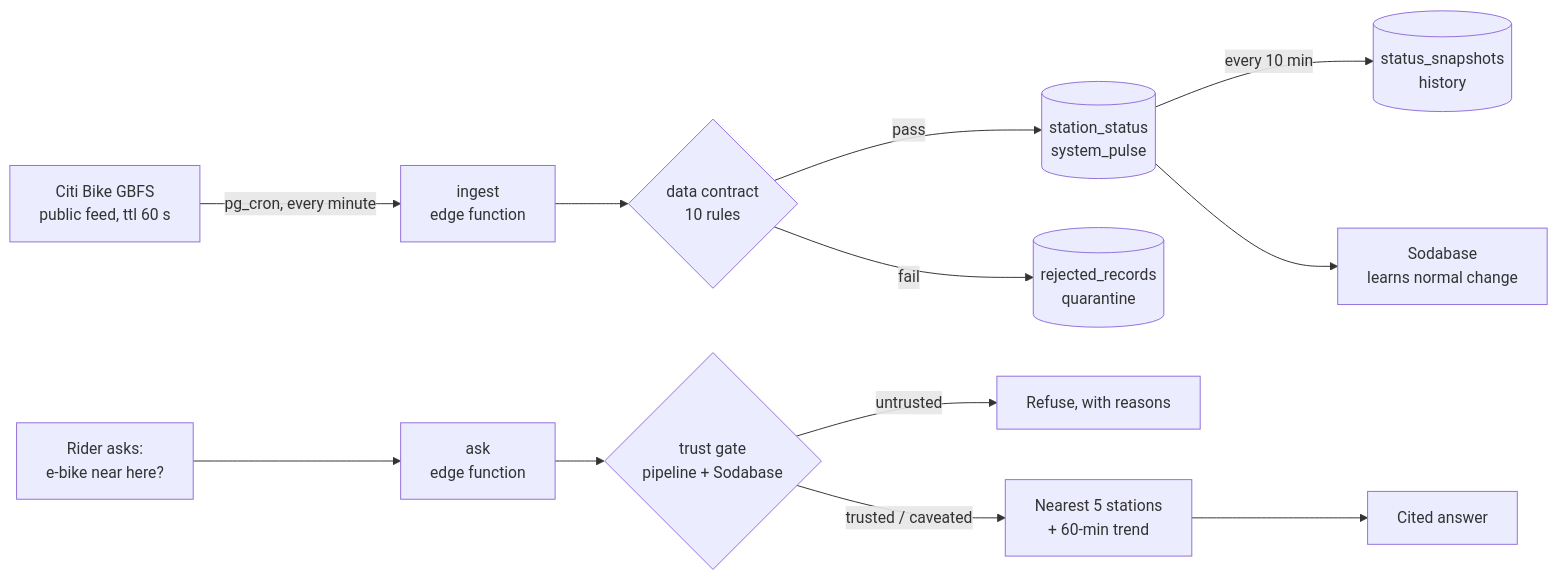
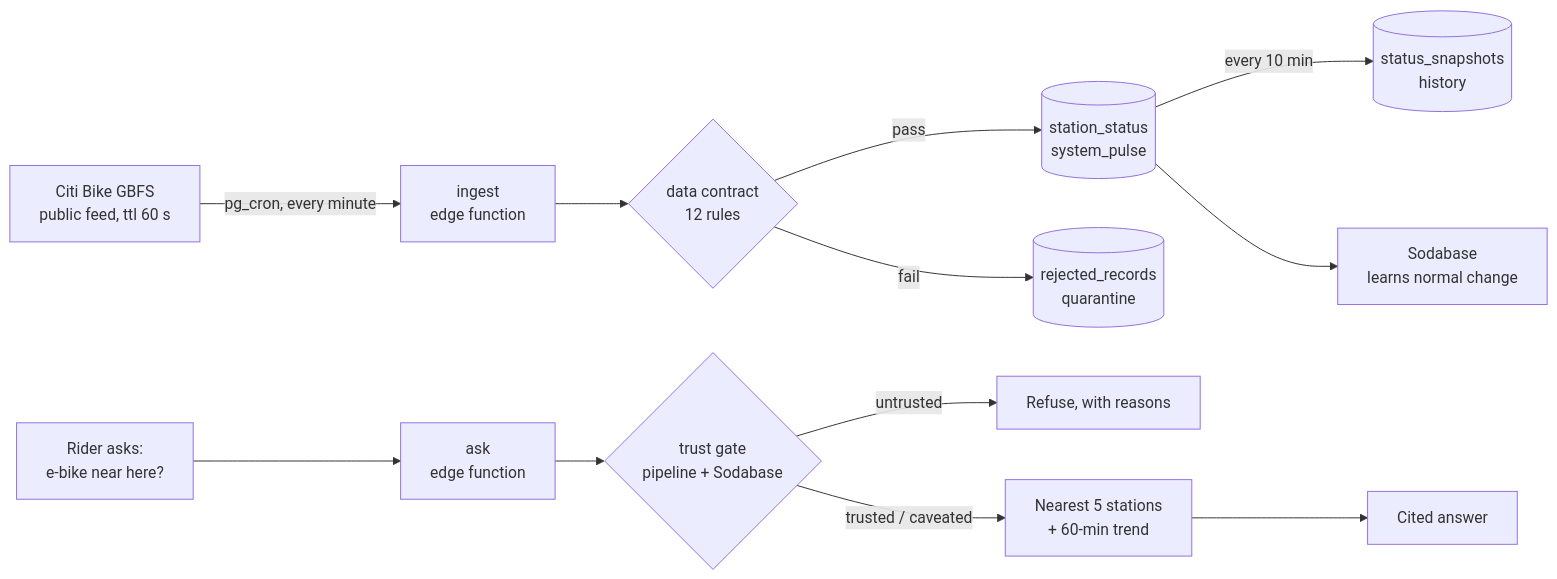
One commit to ParasAdlakha/spoke changed the first of 3 diagrams in README.md. Above: the diagram before and after it, drawn with Mermaid. The commit also changed other lines of this file and 13 other files, not shown here.

````diff
--- a/README.md
+++ b/README.md
@@ -60,13 +60,13 @@
 ```mermaid
 flowchart LR
     G["Citi Bike GBFS<br/>public feed, ttl 60 s"] -->|"pg_cron, every minute"| I["ingest<br/>edge function"]
-    I --> V{"data contract<br/>10 rules"}
+    I --> V{"data contract<br/>12 rules"}
     V -- pass --> T[("station_status<br/>system_pulse")]
     V -- fail --> Q[("rejected_records<br/>quarantine")]
     T -->|"every 10 min"| H[("status_snapshots<br/>history")]
     T --> S["Sodabase<br/>learns normal change"]
     U["Rider asks:<br/>e-bike near here?"] --> A["ask<br/>edge function"]
     A --> GATE{"trust gate<br/>pipeline + Sodabase"}
     GATE -- untrusted --> R["Refuse, with reasons"]
     GATE -- "trusted / caveated" --> N["Nearest 5 stations<br/>+ 60-min trend"] --> ANS["Cited answer"]
 ```
````
